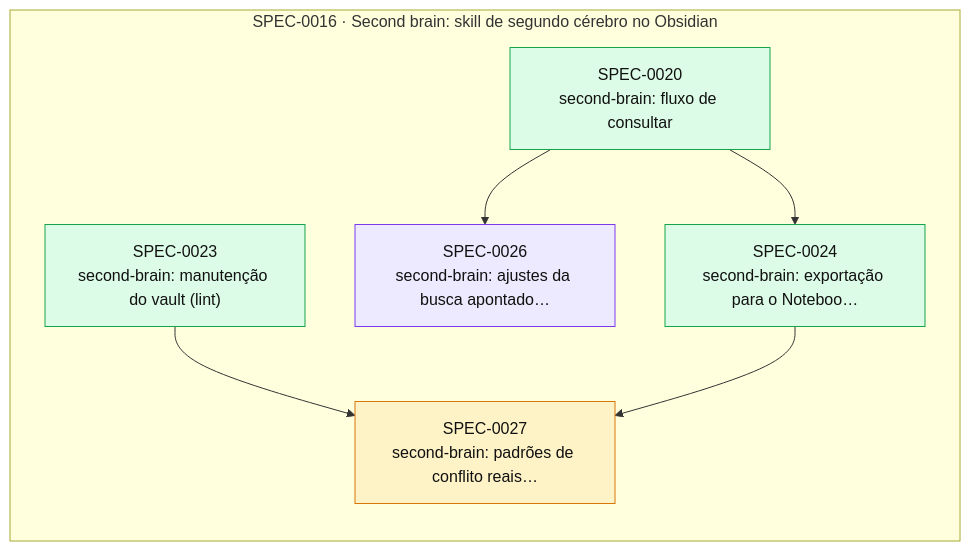
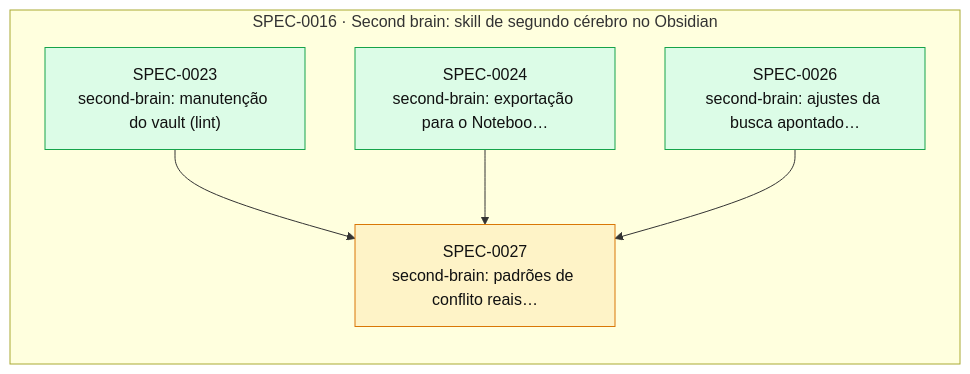
One commit to thomasravache/ai-dev-brain changed the diagram in docs/specs/INDEX.md. Above: the diagram before and after it, drawn with Mermaid. The commit also changed other lines of this file and 2 other files, not shown here.

First line of the commit message:
docs(specs): G7 e fechamento da SPEC-0026; SPEC-0027 recebe os minor da busca

````diff
--- a/docs/specs/INDEX.md
+++ b/docs/specs/INDEX.md
@@ -46,19 +45,17 @@
 ```mermaid
 flowchart LR
   subgraph E0016["SPEC-0016 · Second brain: skill de segundo cérebro no Obsidian"]
-    S0020["SPEC-0020<br/>second-brain: fluxo de consultar"]:::implemented
     S0023["SPEC-0023<br/>second-brain: manutenção do vault (lint)"]:::implemented
     S0024["SPEC-0024<br/>second-brain: exportação para o Noteboo…"]:::implemented
-    S0026["SPEC-0026<br/>second-brain: ajustes da busca apontado…"]:::inprogress
+    S0026["SPEC-0026<br/>second-brain: ajustes da busca apontado…"]:::implemented
     S0027["SPEC-0027<br/>second-brain: padrões de conflito reais…"]:::proposed
   end
-  S0020 --> S0024
-  S0020 --> S0026
   S0023 --> S0027
   S0024 --> S0027
+  S0026 --> S0027
   classDef proposed fill:#fef3c7,stroke:#d97706,color:#111
   classDef approved fill:#dbeafe,stroke:#2563eb,color:#111
   classDef inprogress fill:#ede9fe,stroke:#7c3aed,color:#111
   classDef implemented fill:#dcfce7,stroke:#16a34a,color:#111
   classDef deprecated fill:#f3f4f6,stroke:#9ca3af,color:#6b7280
 ```
````
